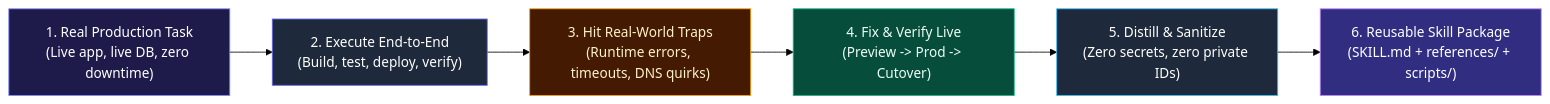
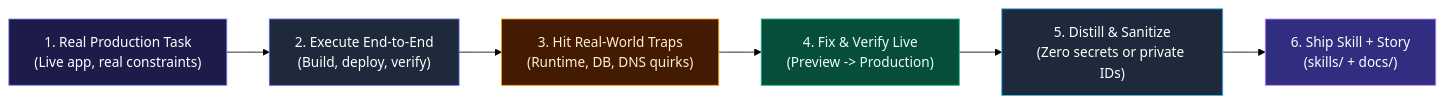
The diagram in README.md (Laksh-star/agent-skills), drawn with Mermaid (forest theme) before and after one commit. The commit also changed other lines of this file and 1 other file, not shown here.

Commit message:
Move replit-to-vercel field story and workflow diagram to docs/ for scalable catalog README

````diff
--- a/README.md
+++ b/README.md
@@ -44,15 +44,15 @@
 ```mermaid
 flowchart LR
-    A["1. Real Production Task<br/>(Live app, live DB, zero downtime)"] --> B["2. Execute End-to-End<br/>(Build, test, deploy, verify)"]
-    B --> C["3. Hit Real-World Traps<br/>(Runtime errors, timeouts, DNS quirks)"]
-    C --> D["4. Fix & Verify Live<br/>(Preview -> Prod -> Cutover)"]
-    D --> E["5. Distill & Sanitize<br/>(Zero secrets, zero private IDs)"]
-    E --> F["6. Reusable Skill Package<br/>(SKILL.md + references/ + scripts/)"]
+    A["1. Real Production Task<br/>(Live app, real constraints)"] --> B["2. Execute End-to-End<br/>(Build, deploy, verify)"]
+    B --> C["3. Hit Real-World Traps<br/>(Runtime, DB, DNS quirks)"]
+    C --> D["4. Fix & Verify Live<br/>(Preview -> Production)"]
+    D --> E["5. Distill & Sanitize<br/>(Zero secrets or private IDs)"]
+    E --> F["6. Ship Skill + Story<br/>(skills/ + docs/)"]
 
     style A fill:#1e1b4b,stroke:#818cf8,color:#ffffff
     style B fill:#1e293b,stroke:#6366f1,color:#ffffff
     style C fill:#451a03,stroke:#f59e0b,color:#fef3c7
     style D fill:#064e3b,stroke:#10b981,color:#ecfdf5
     style E fill:#1e293b,stroke:#38bdf8,color:#ffffff
     style F fill:#312e81,stroke:#c084fc,color:#ffffff
 ```
````
